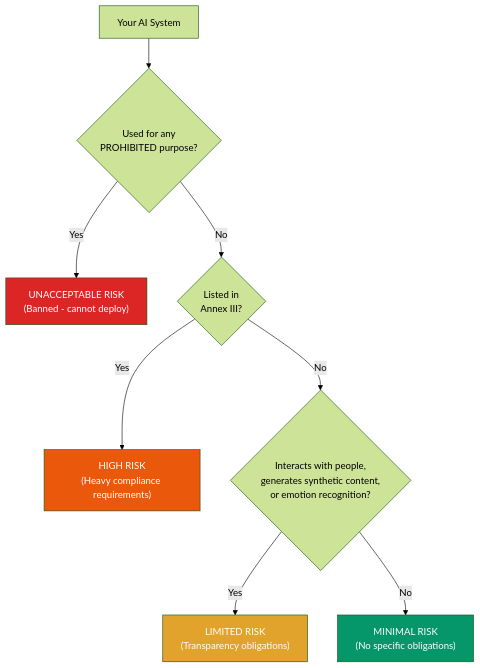
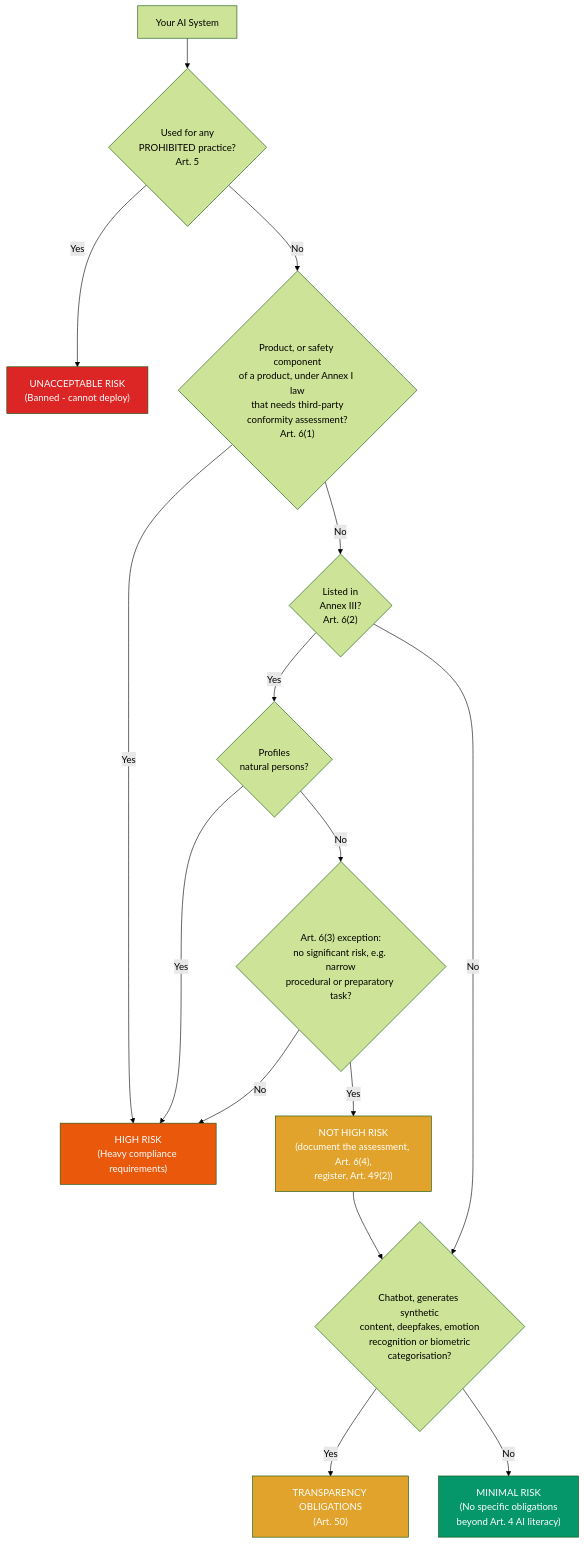
The diagram in website/content/docs/guides/risk-classification.mdx (VibeTensor/attestix), drawn with Mermaid (forest theme) before and after one commit. The commit also changed other lines of this file and 49 other files, not shown here.

````diff
--- a/website/content/docs/guides/risk-classification.mdx
+++ b/website/content/docs/guides/risk-classification.mdx
@@ -12,15 +10,23 @@
 ```mermaid
 flowchart TD
-    A[Your AI System] --> B{Used for any<br/>PROHIBITED purpose?}
+    A[Your AI System] --> B{"Used for any<br/>PROHIBITED practice?<br/>Art. 5"}
     B -- Yes --> C["UNACCEPTABLE RISK<br/>(Banned - cannot deploy)"]
-    B -- No --> D{Listed in<br/>Annex III?}
-    D -- Yes --> E["HIGH RISK<br/>(Heavy compliance requirements)"]
-    D -- No --> F{Interacts with people,<br/>generates synthetic content,<br/>or emotion recognition?}
-    F -- Yes --> G["LIMITED RISK<br/>(Transparency obligations)"]
-    F -- No --> H["MINIMAL RISK<br/>(No specific obligations)"]
+    B -- No --> P{"Product, or safety component<br/>of a product, under Annex I law<br/>that needs third-party<br/>conformity assessment?<br/>Art. 6(1)"}
+    P -- Yes --> E["HIGH RISK<br/>(Heavy compliance requirements)"]
+    P -- No --> D{"Listed in<br/>Annex III?<br/>Art. 6(2)"}
+    D -- Yes --> X{"Profiles<br/>natural persons?"}
+    X -- Yes --> E
+    X -- No --> Y{"Art. 6(3) exception:<br/>no significant risk, e.g. narrow<br/>procedural or preparatory task?"}
+    Y -- No --> E
+    Y -- Yes --> Z["NOT HIGH RISK<br/>(document the assessment, Art. 6(4),<br/>register, Art. 49(2))"]
+    D -- No --> F{"Chatbot, generates synthetic<br/>content, deepfakes, emotion<br/>recognition or biometric<br/>categorisation?"}
+    Z --> F
+    F -- Yes --> G["TRANSPARENCY OBLIGATIONS<br/>(Art. 50)"]
+    F -- No --> H["MINIMAL RISK<br/>(No specific obligations<br/>beyond Art. 4 AI literacy)"]
 
     style C fill:#dc2626,color:#fff
     style E fill:#ea580c,color:#fff
+    style Z fill:#e1a32c,color:#fff
     style G fill:#e1a32c,color:#fff
     style H fill:#059669,color:#fff
 ```
````
